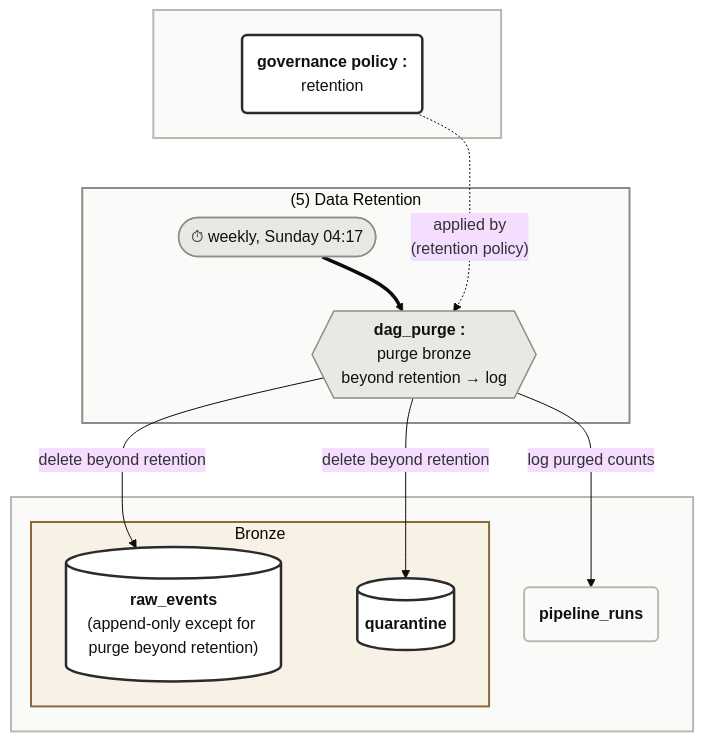
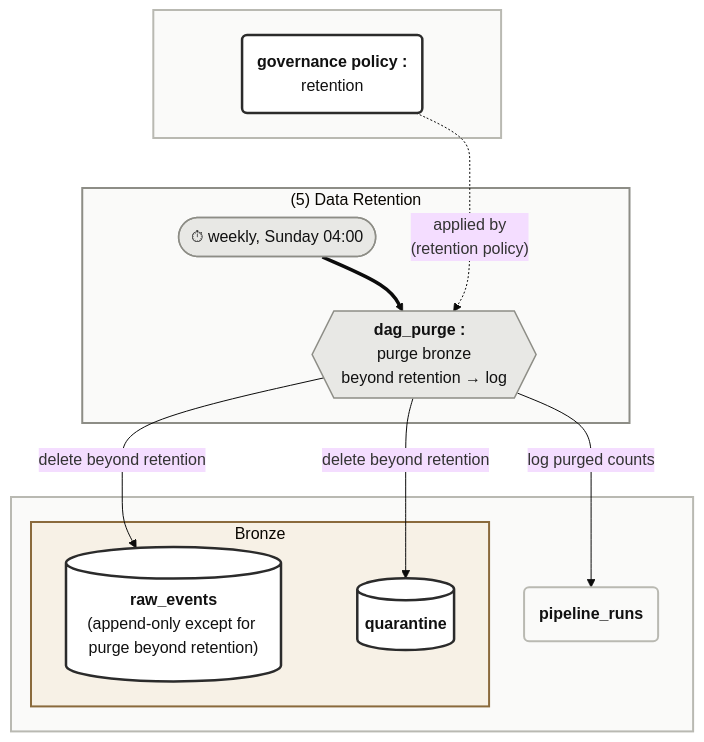
One commit to nicolaspichon-git/jedha-data-scientist-lead-bloc3--fraud-detection-project changed the diagram in sources/diagrams/fraud-project--data-infrastructure--diagram-5.md. Above: the diagram before and after it, drawn with Mermaid (base theme). The commit also changed 56 other files, not shown here.

````diff
--- a/sources/diagrams/fraud-project--data-infrastructure--diagram-5.md
+++ b/sources/diagrams/fraud-project--data-infrastructure--diagram-5.md
@@ -8,51 +8,51 @@
 ```mermaid
 flowchart 
 	subgraph RTN["(5) Data Retention"]
-		RTN_T0(["⏱ weekly, Sunday 04:17"])
+		RTN_T0(["⏱ weekly, Sunday 04:00"])
 		RTN_PRG{{"<b>dag_purge :&nbsp;&nbsp;</b><br/>purge bronze<br/>beyond retention &rarr; log"}}
 	end
 	
 	subgraph DL[" "]
 		subgraph DL_BRONZE["Bronze"]
 			DL_RAW[("<b>raw_events</b><br/>(append-only except for purge beyond retention)")]
 			DL_QRT[("<b>quarantine</b>")]
 		end
 		DL_RUNS("<b>pipeline_runs</b>")  
 	end
 	
 	subgraph GP[" "]
 		GP_RTN("<b>governance policy :</b><br/>retention")
 	end
 	
     %% ---
     
     GP ~~~ RTN ~~~ DL
     
     %% ---------- Control flow ----------
     RTN_T0 ==> RTN_PRG
 	
     %% ---------- Data flow ----------
     RTN_PRG -->|"delete beyond retention"| DL_RAW 
     RTN_PRG -->|"delete beyond retention"| DL_QRT 
     RTN_PRG -->|"log purged counts"| DL_RUNS
     
     %% ---------- Dependencies ----------
     GP_RTN -.->|"applied by<br/>(retention policy)"| RTN_PRG
     
     %% ---------- Group colours (pale wash) ----------
     %% data layers : deliberately neutral, warm vs cool
     style GP     fill:#fafaf9,stroke:#b9b9b2,stroke-width:2px
     style DL     fill:#fafaf9,stroke:#b9b9b2,stroke-width:2px
     style DL_RUNS fill:#fafaf9,stroke:#b9b9b2,stroke-width:2px
     style DL_BRONZE fill:#f7f1e6,stroke:#8a6a3c,stroke-width:2px
     %% housekeeping : not a transaction pipeline, hence neutral
     style RTN  fill:#fafaf9,stroke:#8d8d86,stroke-width:2px
 
     %% ---------- Shared stores : white, overriding the group colour ----------
     %% written and/or read by more than one pipeline
     classDef shared fill:#ffffff,stroke:#2b2b2b,stroke-width:2.5px,color:#111111
     class DL_RAW,DL_QRT,DL_GTS,DL_TXN,DL_RUNS,GP_RTN shared
     %% cross-cutting policy, read by two pipelines
     classDef nRTN fill:#e8e8e5,stroke:#8d8d86,stroke-width:1.5px,color:#111111
     class RTN_T0,RTN_PRG nRTN
 ```
````
